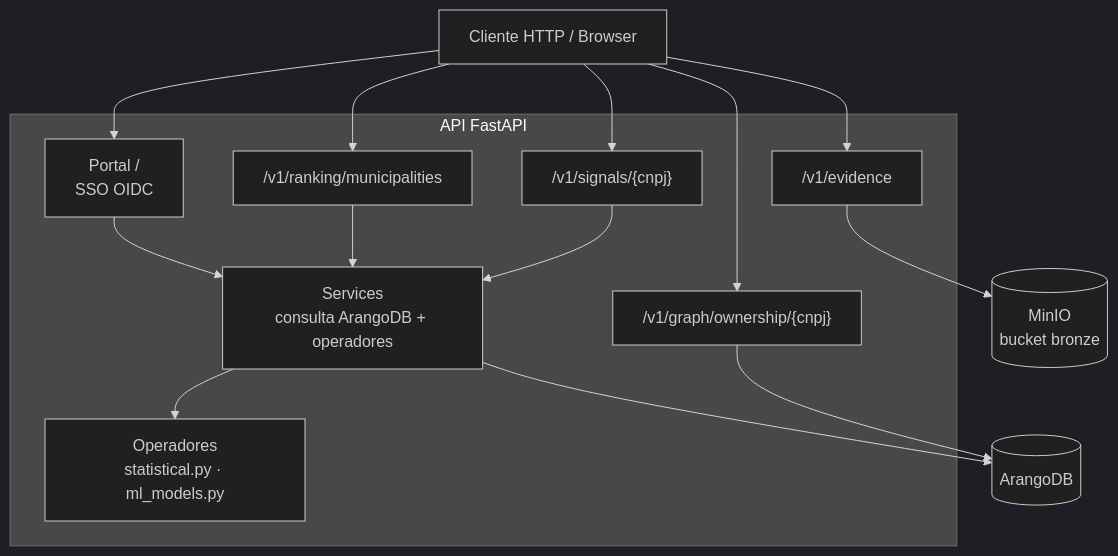
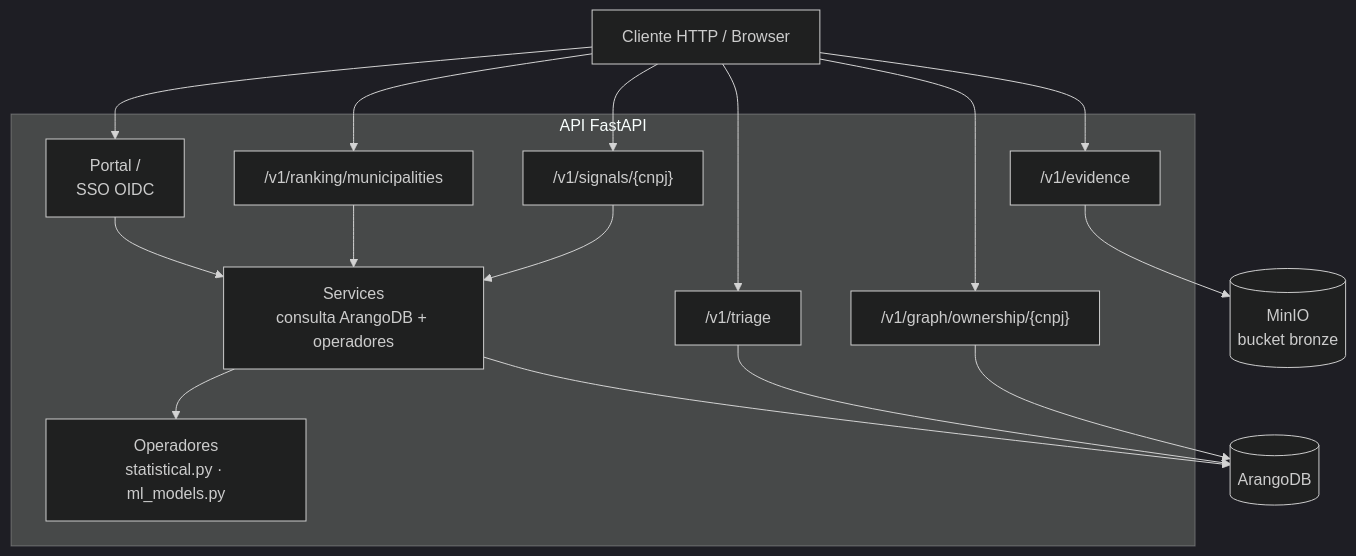
The second of 2 diagrams in docs/api.md (0b3st4f3r4/Capiba), drawn with Mermaid (dark theme) before and after one commit. The commit also changed other lines of this file and 8 other files, not shown here.

````diff
--- a/docs/api.md
+++ b/docs/api.md
@@ -29,21 +35,23 @@
 ```mermaid
 flowchart TB
     subgraph api["API FastAPI"]
         router_signals["/v1/signals/{cnpj}"]
         router_ranking["/v1/ranking/municipalities"]
         router_evidence["/v1/evidence"]
         router_graph["/v1/graph/ownership/{cnpj}"]
+        router_triage["/v1/triage"]
         portal["Portal /<br/>SSO OIDC"]
         services["Services<br/>consulta ArangoDB + operadores"]
         operators["Operadores<br/>statistical.py · ml_models.py"]
     end
 
-    client["Cliente HTTP / Browser"] --> router_signals & router_ranking & router_evidence & router_graph & portal
+    client["Cliente HTTP / Browser"] --> router_signals & router_ranking & router_evidence & router_graph & router_triage & portal
     router_signals --> services
     router_ranking --> services
     router_graph --> arango
+    router_triage --> arango
     router_evidence --> minio[("MinIO<br/>bucket bronze")]
     portal --> services
     services --> operators
     services --> arango[("ArangoDB")]
 ```
````
